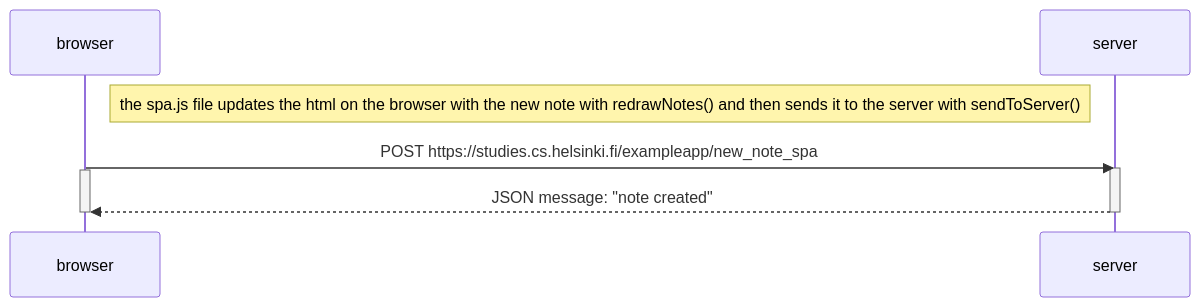
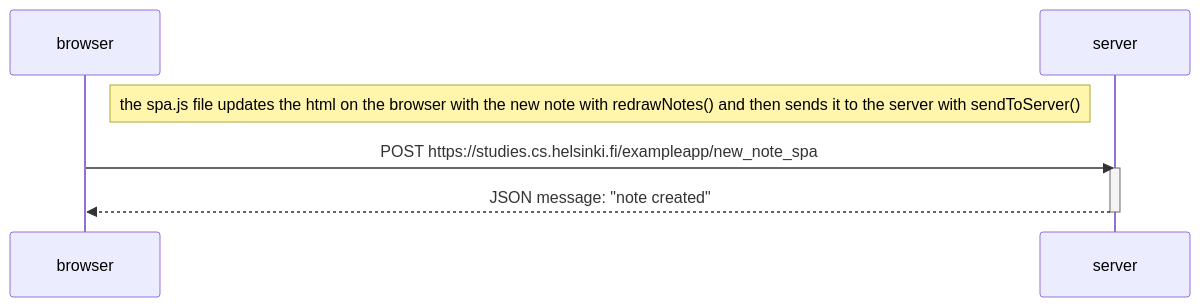
The diagram in exercise6.md (damicore/openfullstack-part0), drawn with Mermaid before and after one commit.

Commit message:
final final commit lol

````diff
--- a/exercise6.md
+++ b/exercise6.md
@@ -2,13 +2,11 @@
 ```mermaid
 sequenceDiagram
     participant browser
     participant server
     
     Note right of browser: the spa.js file updates the html on the browser with the new note with redrawNotes() and then sends it to the server with sendToServer()
     browser->>server: POST https://studies.cs.helsinki.fi/exampleapp/new_note_spa
     activate server
-    activate browser
     server-->>browser: JSON message: "note created"
     deactivate server
-    deactivate browser
 ```
````
